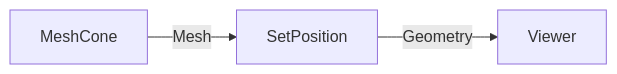
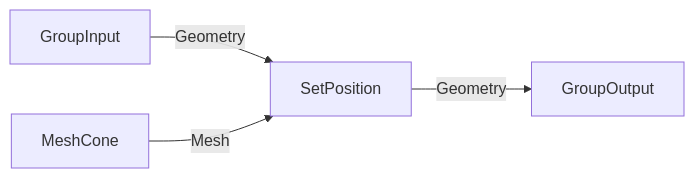
One commit to alexicon3000/blender-gn-automation-toolkit changed the diagram in CLAUDE.md. Above: the diagram before and after it, drawn with Mermaid. The commit also changed other lines of this file and 1 other file, not shown here.

First line of the commit message:
docs: update mermaid guidance and samples

````diff
--- a/CLAUDE.md
+++ b/CLAUDE.md
@@ -148,5 +154,6 @@
 ```mermaid
 flowchart LR
-  n1["MeshCone"] -->|Mesh| n2["SetPosition"]
-  n2 -->|Geometry| n3["Viewer"]
+  gi["GroupInput"] -->|Geometry| n2["SetPosition"]
+  n1["MeshCone"] -->|Mesh| n2
+  n2 -->|Geometry| go["GroupOutput"]
 ```
````
